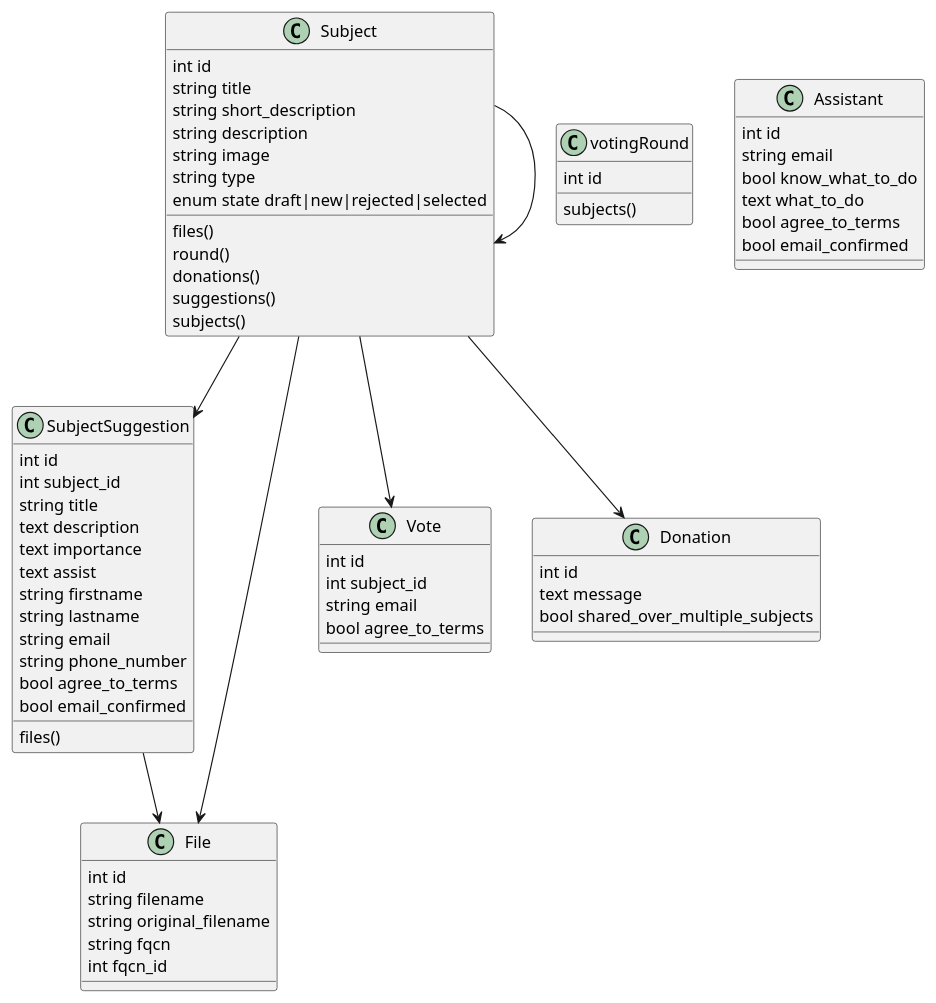
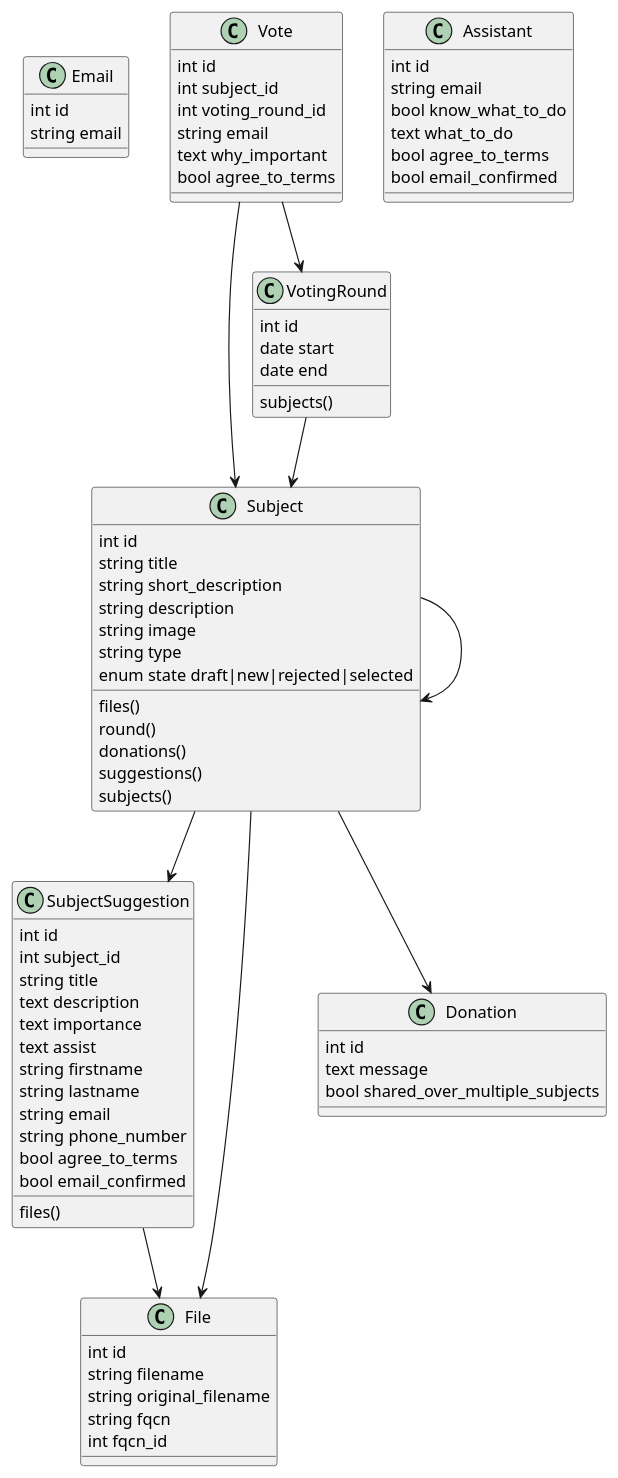
Before and after one commit to PlanBCode/dso: the diagram in docs/class-diagram.puml, drawn with PlantUML. The commit also changed 87 other files, not shown here.

Commit message:
Adds Voting round

```diff
--- a/docs/class-diagram.puml
+++ b/docs/class-diagram.puml
@@ -1,80 +1,92 @@
 @startuml
 'https://plantuml.com/class-diagram
+
+class Email {
+    int id
+    string email
+}
 
 class SubjectSuggestion {
     int id
     int subject_id
     string title
     text description
     text importance
     text assist
     string firstname
     string lastname
     string email
     string phone_number
     bool agree_to_terms
     bool email_confirmed
     files()
 }
 
 class File {
     int id
     string filename
     string original_filename
     string fqcn
     int fqcn_id
 }
 
 SubjectSuggestion --> File
 
 class Subject {
     int id
     string title
     string short_description
     string description
     string image
     string type
     enum state draft|new|rejected|selected
     files()
     round()
     donations()
     suggestions()
     subjects()
 }
 
-class votingRound {
-    int id
-    subjects()
-}
-
 Subject --> SubjectSuggestion
 Subject --> File
 Subject --> Subject
 
+class VotingRound {
+    int id
+    date start
+    date end
+    subjects()
+}
+
+VotingRound --> Subject
+
 class Vote {
     int id
     int subject_id
+    int voting_round_id
     string email
+    text why_important
     bool agree_to_terms
 }
 
-Subject --> Vote
+Vote --> Subject
+Vote --> VotingRound
 
 class Assistant {
     int id
     string email
     bool know_what_to_do
     text what_to_do
     bool agree_to_terms
     bool email_confirmed
 }
 
 class Donation {
     int id
     text message
     bool shared_over_multiple_subjects
 }
 
 Subject --> Donation
 
 @enduml
```
